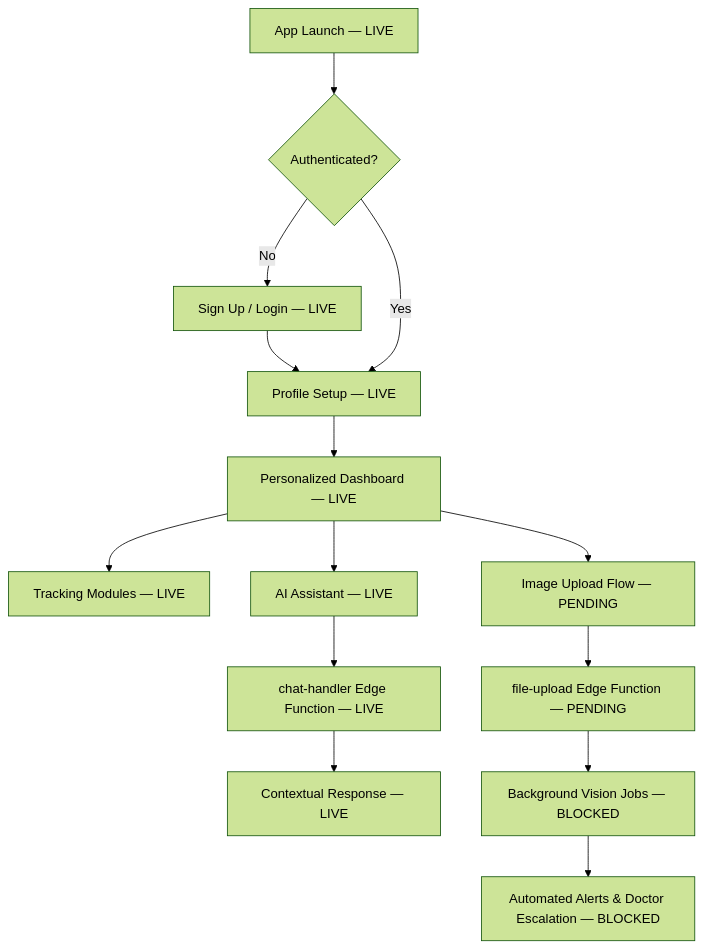
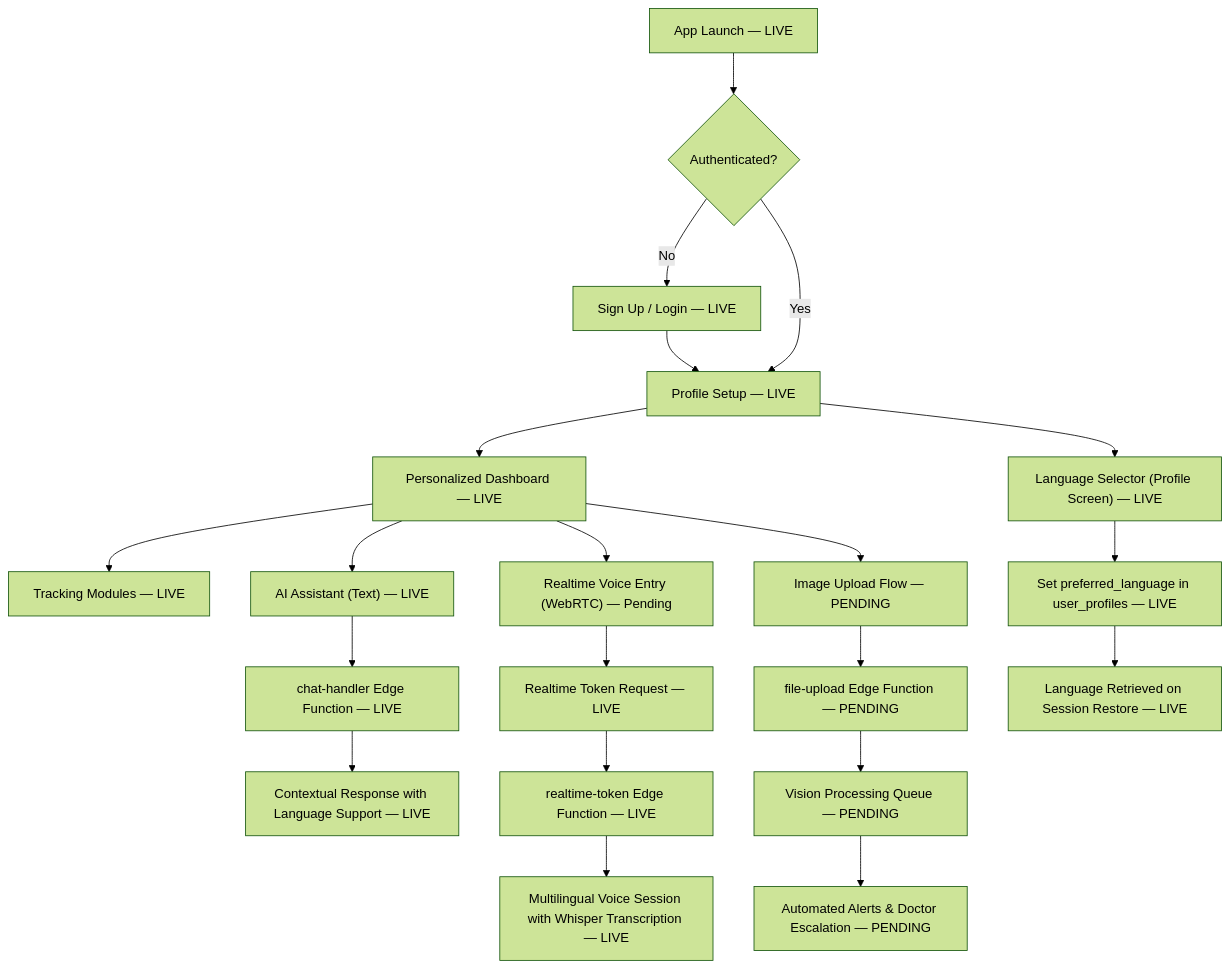
The first of 2 diagrams in README.md (akash012-ctrl/MomCare), drawn with Mermaid (forest theme) before and after one commit. The commit also changed other lines of this file and 6 other files, not shown here.

Commit message:
feat: add multilingual support with language preference selection and real-time voice capabilities

````diff
--- a/README.md
+++ b/README.md
@@ -16,16 +23,23 @@
 ```mermaid
 flowchart TD
     A["App Launch — LIVE"] --> B{Authenticated?}
     B -- No --> C["Sign Up / Login — LIVE"]
     C --> D["Profile Setup — LIVE"]
     B -- Yes --> D
     D --> E["Personalized Dashboard — LIVE"]
     E --> F["Tracking Modules — LIVE"]
-    E --> G["AI Assistant — LIVE"]
+    E --> G["AI Assistant (Text) — LIVE"]
     G --> H["chat-handler Edge Function — LIVE"]
-    H --> I["Contextual Response — LIVE"]
+    H --> I["Contextual Response with Language Support — LIVE"]
+    E --> V["Realtime Voice Entry (WebRTC) — Pending"]
+    V --> W["Realtime Token Request — LIVE"]
+    W --> X["realtime-token Edge Function — LIVE"]
+    X --> Y["Multilingual Voice Session with Whisper Transcription — LIVE"]
+    D --> LS["Language Selector (Profile Screen) — LIVE"]
+    LS --> LP["Set preferred_language in user_profiles — LIVE"]
+    LP --> RET["Language Retrieved on Session Restore — LIVE"]
     E --> J["Image Upload Flow — PENDING"]
     J --> K["file-upload Edge Function — PENDING"]
-    K --> L["Background Vision Jobs — BLOCKED"]
-    L --> M["Automated Alerts & Doctor Escalation — BLOCKED"]
+    K --> L["Vision Processing Queue — PENDING"]
+    L --> M["Automated Alerts & Doctor Escalation — PENDING"]
 ```
````
